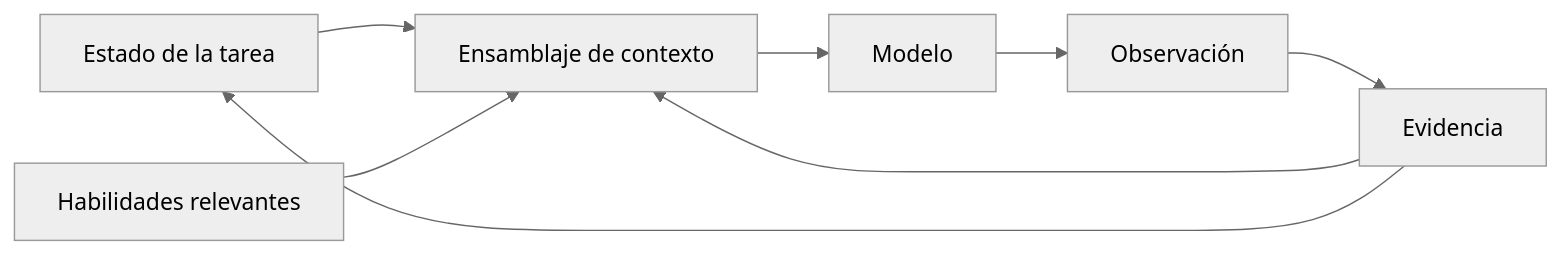
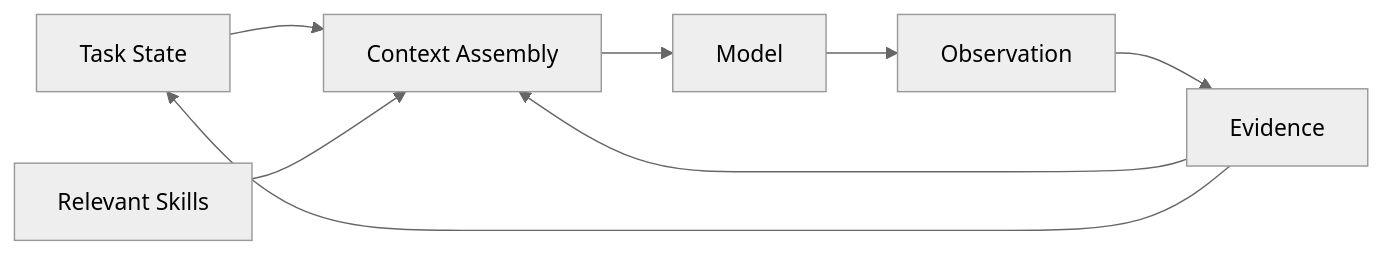
One commit to khnker/opencode-wait-a-minute changed the diagram in README.md. Above: the diagram before and after it, drawn with Mermaid (neutral theme). The commit also changed other lines of this file and 1 other file, not shown here.

````diff
--- a/README.md
+++ b/README.md
@@ -42,10 +43,10 @@
 ```mermaid
 flowchart LR
-    S[Estado de la tarea] --> C[Ensamblaje de contexto]
-    K[Habilidades relevantes] --> C
-    E[Evidencia] --> C
-    C --> M[Modelo]
-    M --> O[Observación]
+    S[Task State] --> C[Context Assembly]
+    K[Relevant Skills] --> C
+    E[Evidence] --> C
+    C --> M[Model]
+    M --> O[Observation]
     O --> E
     E --> S
 ```
````
